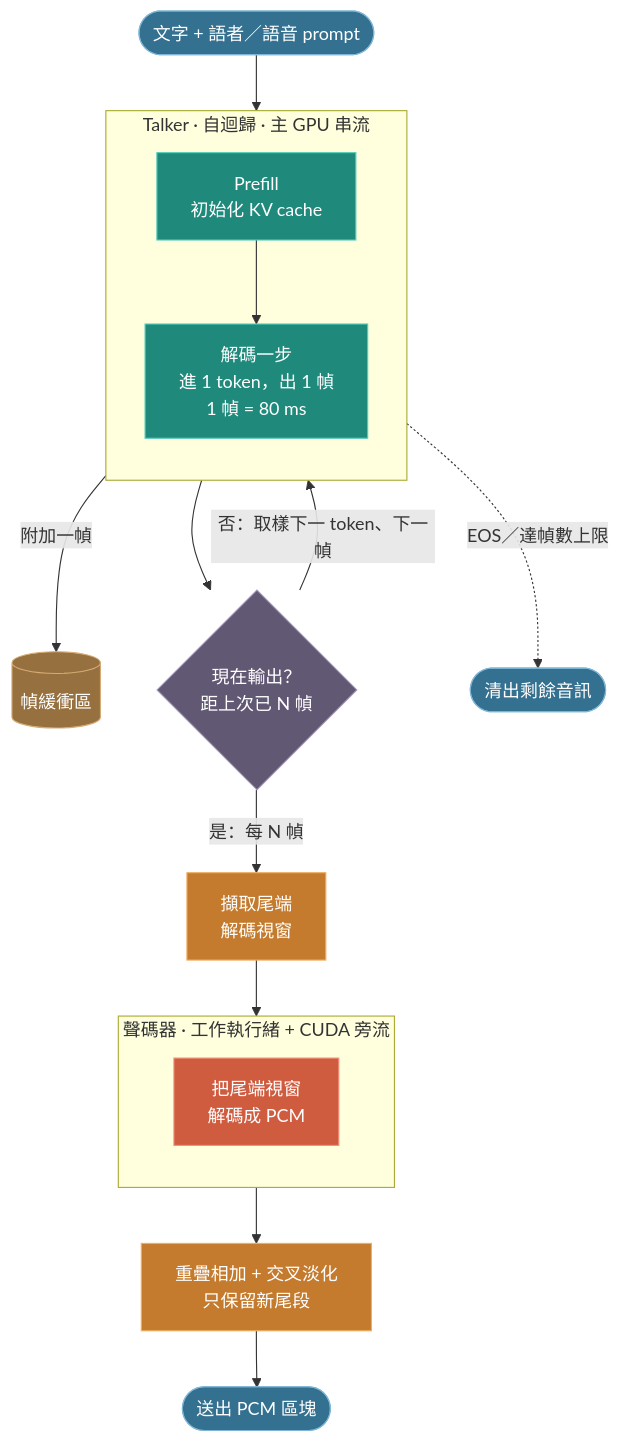
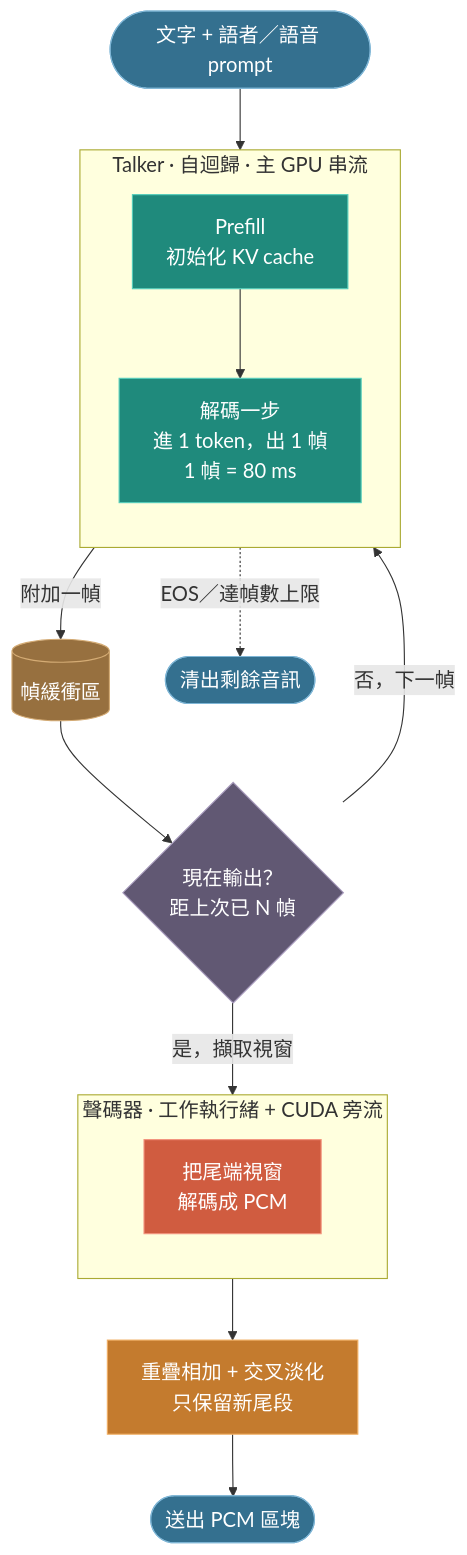
The first of 5 diagrams in content/post/coding/qwen3-tts-streaming/index.zh-hant-tw.md (jayng9663/blog), drawn with Mermaid before and after one commit. The commit also changed other lines of this file and 1 other file, not shown here.

````diff
--- a/content/post/coding/qwen3-tts-streaming/index.zh-hant-tw.md
+++ b/content/post/coding/qwen3-tts-streaming/index.zh-hant-tw.md
@@ -67,39 +67,38 @@
 ```mermaid
+%%{init: {"flowchart": {"nodeSpacing": 50, "rankSpacing": 55}, "themeVariables": {"fontSize": "18px"}}}%%
 flowchart TB
     subgraph TALK["Talker · 自迴歸 · 主 GPU 串流"]
         direction TB
         PF[Prefill\n初始化 KV cache]:::talk
         STEP[解碼一步\n進 1 token，出 1 幀\n1 幀 = 80 ms]:::talk
         PF --> STEP
     end
 
     subgraph VOC["聲碼器 · 工作執行緒 + CUDA 旁流"]
         direction TB
         DEC[把尾端視窗\n解碼成 PCM]:::voc
     end
 
     IN([文字 + 語者／語音 prompt]):::io
     BUF[(幀緩衝區)]:::buf
     GATE{現在輸出？\n距上次已 N 幀}:::gate
-    SNAP[擷取尾端\n解碼視窗]:::mix
     OA[重疊相加 + 交叉淡化\n只保留新尾段]:::mix
     OUT([送出 PCM 區塊]):::io
     FLUSH([清出剩餘音訊]):::io
 
     IN --> PF
     STEP -->|附加一幀| BUF
     STEP -. EOS／達幀數上限 .-> FLUSH
-    STEP --> GATE
-    GATE -->|否：取樣下一 token、下一幀| STEP
-    GATE -->|是：每 N 幀| SNAP
-    SNAP --> DEC
+    BUF --> GATE
+    GATE -->|否，下一幀| STEP
+    GATE -->|是，擷取視窗| DEC
     DEC --> OA
     OA --> OUT
 
     classDef io fill:#34708f,stroke:#7fb6d6,color:#fff
     classDef talk fill:#1f8a7c,stroke:#54cdbb,color:#fff
     classDef voc fill:#d05c40,stroke:#f3937c,color:#fff
     classDef buf fill:#97703f,stroke:#d4ab74,color:#fff
     classDef mix fill:#c47b2e,stroke:#f0ad62,color:#fff
     classDef gate fill:#615873,stroke:#a89bbd,color:#fff
 ```
````
